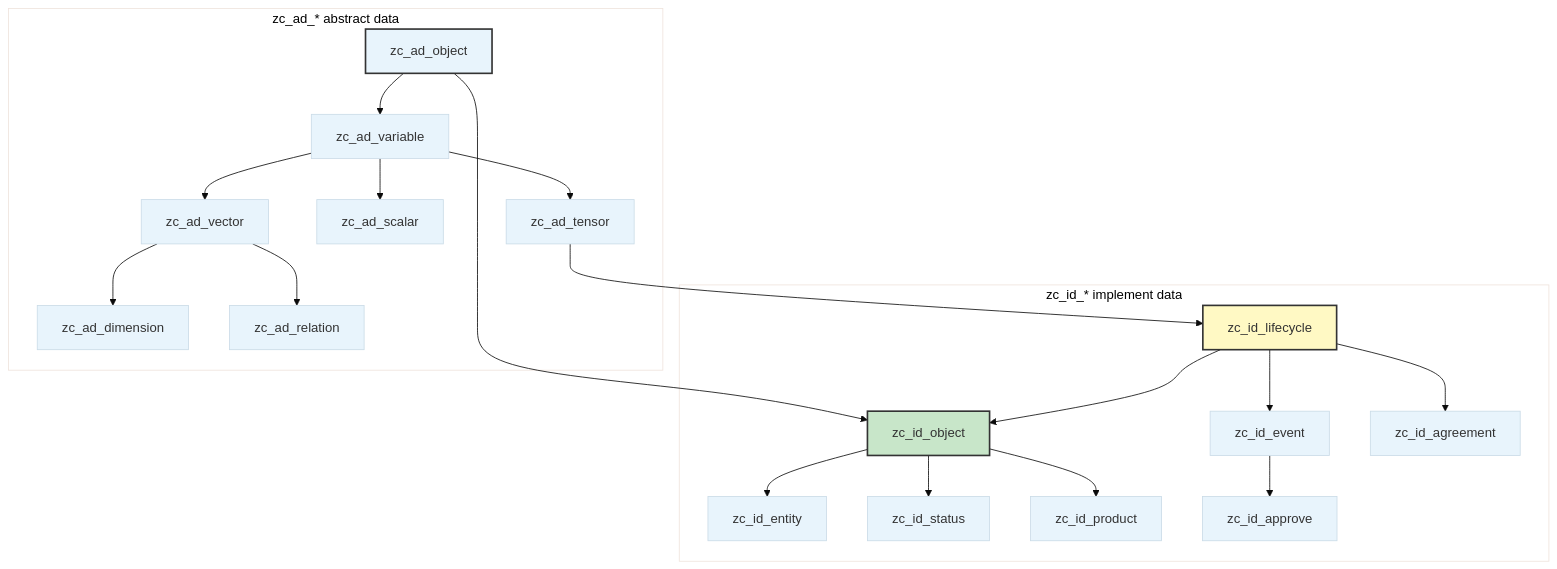
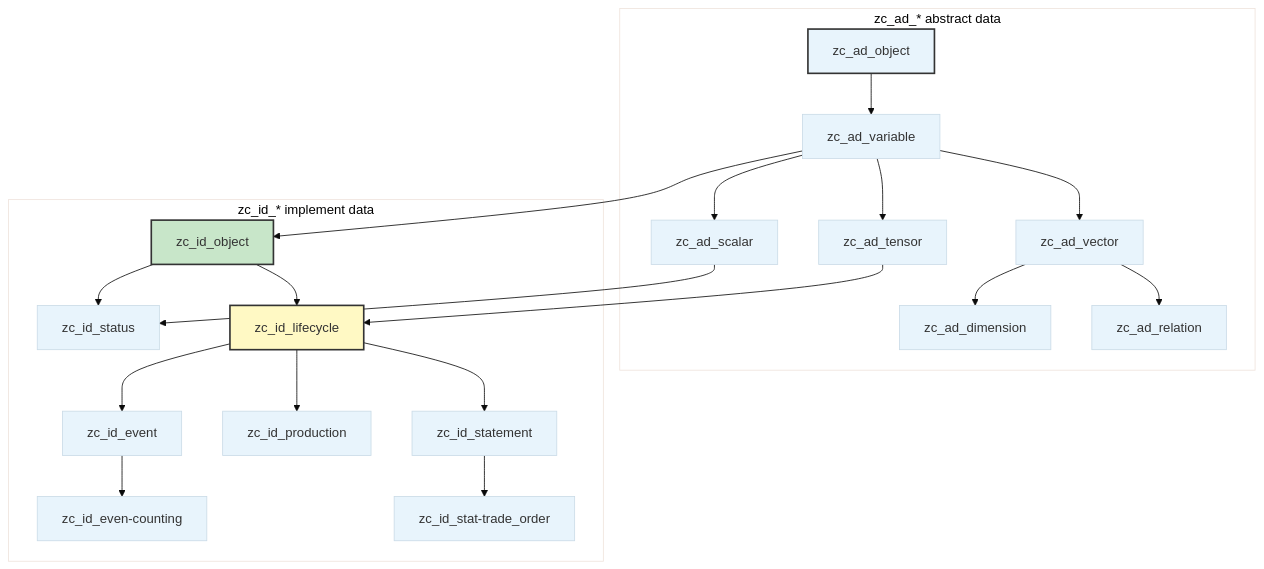
The diagram in README.md (CosmicTools9/Alioth), drawn with Mermaid before and after one commit. The commit also changed other lines of this file and 1 other file, not shown here.

````diff
--- a/README.md
+++ b/README.md
@@ -71,28 +73,29 @@
 ```mermaid
 %%{init: {'theme': 'base', 'themeVariables': { 'primaryColor': '#e8f4fc'}}}%%
 graph TD
     subgraph Abstract Layer[zc_ad_* abstract data]
         AD[zc_ad_object] --> V[zc_ad_variable]
         V --> Vec[zc_ad_vector]
         V --> Sca[zc_ad_scalar]
         V --> Ten[zc_ad_tensor]
         Vec --> Dim[zc_ad_dimension]
         Vec --> Rel[zc_ad_relation]
     end
 
     subgraph Implement Layer[zc_id_* implement data]
-        AD --> IDO[zc_id_object]
-        IDO --> Entity[zc_id_entity]
-        IDO --> Stat[zc_id_status]
-        IDO --> Prod[zc_id_product]
+        V --> IDO[zc_id_object]
+        Sca --> Stat[zc_id_status]
+        IDO --> Stat
         Ten --> LC[zc_id_lifecycle]
-        LC --> IDO
+        IDO --> LC
         LC --> Evt[zc_id_event]
-        LC --> Agr[zc_id_agreement]
-        Evt --> Apv[zc_id_approve]
+        LC --> Prod[zc_id_production]
+        LC --> Stmt[zc_id_statement]
+        Evt --> Cnt[zc_id_even-counting]
+        Stmt --> Ord[zc_id_stat-trade_order]
     end
 
     style AD fill:#e8f4fc,stroke:#333,stroke-width:2px
     style IDO fill:#c8e6c9,stroke:#333,stroke-width:2px
     style LC fill:#fff9c4,stroke:#333,stroke-width:2px
 ```
````
